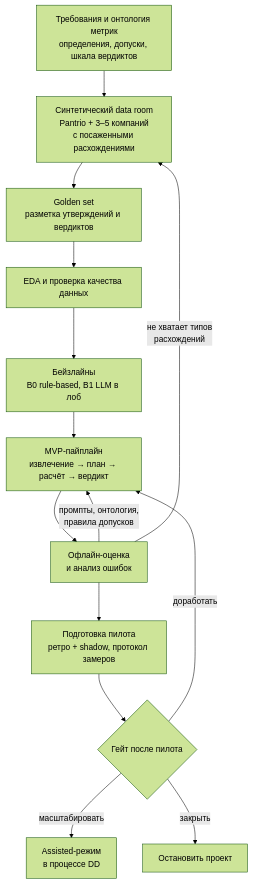
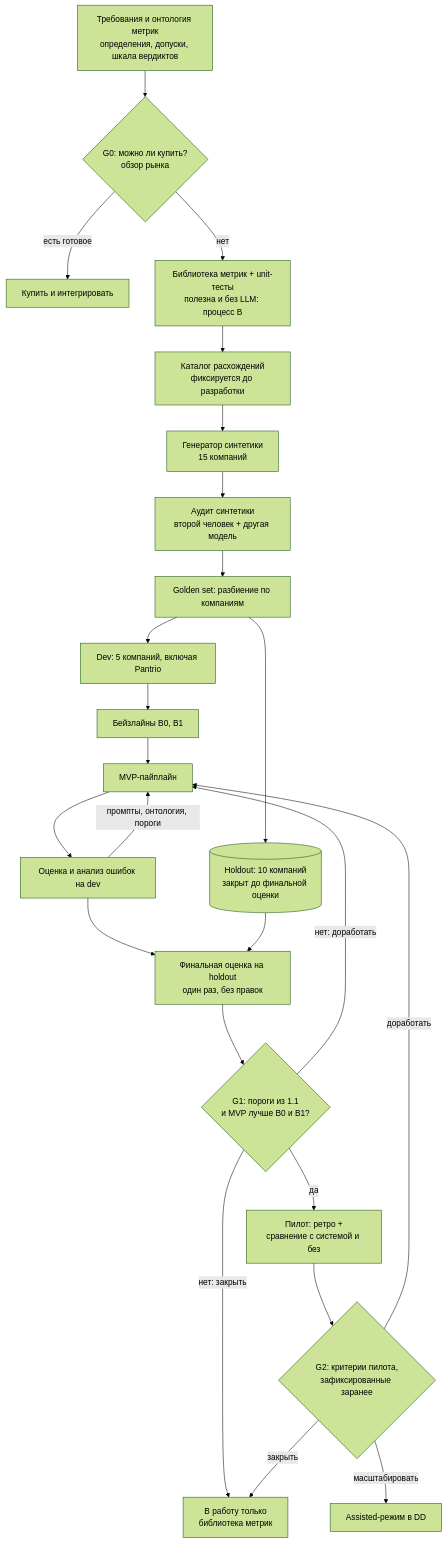
One commit to gumaonelove/itmo-mlsd changed the first of 4 diagrams in docs/ml_system_design_doc.md. Above: the diagram before and after it, drawn with Mermaid (forest theme). The commit also changed other lines of this file and 5 other files, not shown here.

````diff
--- a/docs/ml_system_design_doc.md
+++ b/docs/ml_system_design_doc.md
@@ -283,16 +352,26 @@
 ```mermaid
 flowchart TD
-    A["Требования и онтология метрик<br/>определения, допуски, шкала вердиктов"] --> B["Синтетический data room<br/>Pantrio + 3–5 компаний<br/>с посаженными расхождениями"]
-    B --> C["Golden set<br/>разметка утверждений и вердиктов"]
-    C --> D["EDA и проверка качества данных"]
-    D --> E["Бейзлайны<br/>B0 rule-based, B1 LLM в лоб"]
-    E --> F["MVP-пайплайн<br/>извлечение → план → расчёт → вердикт"]
-    F --> G["Офлайн-оценка<br/>и анализ ошибок"]
-    G -- "промпты, онтология,<br/>правила допусков" --> F
-    G -- "не хватает типов<br/>расхождений" --> B
-    G --> H["Подготовка пилота<br/>ретро + shadow, протокол замеров"]
-    H --> I{"Гейт после пилота"}
-    I -- "доработать" --> F
-    I -- "масштабировать" --> J["Assisted-режим<br/>в процессе DD"]
-    I -- "закрыть" --> K["Остановить проект"]
+    A["Требования и онтология метрик<br/>определения, допуски, шкала вердиктов"] --> G0{"G0: можно ли купить?<br/>обзор рынка"}
+    G0 -- "есть готовое" --> BUY["Купить и интегрировать"]
+    G0 -- "нет" --> LIB["Библиотека метрик + unit-тесты<br/>полезна и без LLM: процесс B"]
+    LIB --> CAT["Каталог расхождений<br/>фиксируется до разработки"]
+    CAT --> SYN["Генератор синтетики<br/>15 компаний"]
+    SYN --> AUD["Аудит синтетики<br/>второй человек + другая модель"]
+    AUD --> SPLIT["Golden set: разбиение по компаниям"]
+    SPLIT --> DEV["Dev: 5 компаний, включая Pantrio"]
+    SPLIT --> HO[("Holdout: 10 компаний<br/>закрыт до финальной оценки")]
+    DEV --> BL["Бейзлайны B0, B1"]
+    BL --> MVP["MVP-пайплайн"]
+    MVP --> EV["Оценка и анализ ошибок на dev"]
+    EV -- "промпты, онтология, пороги" --> MVP
+    EV --> FIN["Финальная оценка на holdout<br/>один раз, без правок"]
+    HO --> FIN
+    FIN --> G1{"G1: пороги из 1.1<br/>и MVP лучше B0 и B1?"}
+    G1 -- "нет: доработать" --> MVP
+    G1 -- "нет: закрыть" --> ONLYB["В работу только<br/>библиотека метрик"]
+    G1 -- "да" --> PIL["Пилот: ретро +<br/>сравнение с системой и без"]
+    PIL --> G2{"G2: критерии пилота,<br/>зафиксированные заранее"}
+    G2 -- "доработать" --> MVP
+    G2 -- "масштабировать" --> ASS["Assisted-режим в DD"]
+    G2 -- "закрыть" --> ONLYB
 ```
````
